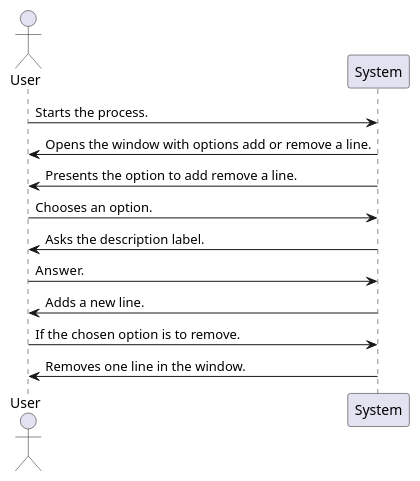
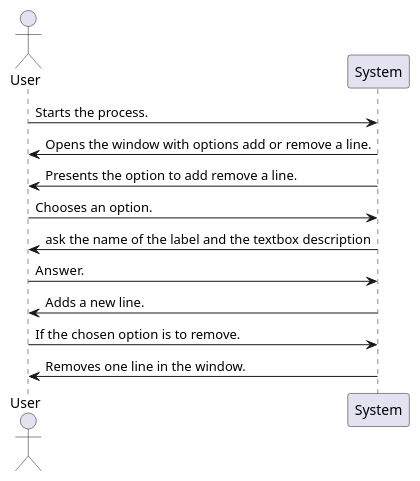
One commit to RubenTeixeira/cleansheets_isep_2dg_2016 changed the diagram in src/main/java/csheets/worklog/n1141042/sprint2/forms_editor_analysis.puml. Above: the diagram before and after it, drawn with PlantUML. The commit also changed 2 other files, not shown here.

```diff
--- a/src/main/java/csheets/worklog/n1141042/sprint2/forms_editor_analysis.puml
+++ b/src/main/java/csheets/worklog/n1141042/sprint2/forms_editor_analysis.puml
@@ -1,14 +1,14 @@
-@startuml doc-files/forms_editor.png
+@startuml doc-files/forms_editor_analysis.png
 
 actor User
 
 User->System: Starts the process.
 System->User: Opens the window with options add or remove a line.
 System->User: Presents the option to add remove a line.
 User->System: Chooses an option.
-System->User: Asks the description label.
+System->User: ask the name of the label and the textbox description 
 User->System: Answer.
 System->User: Adds a new line.
 User->System: If the chosen option is to remove.
 System->User: Removes one line in the window.
 @enduml
```
